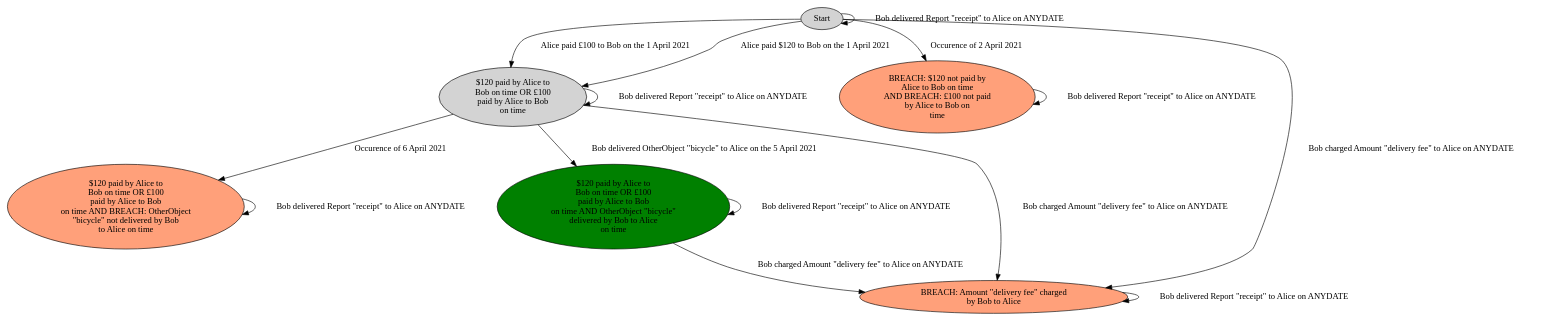
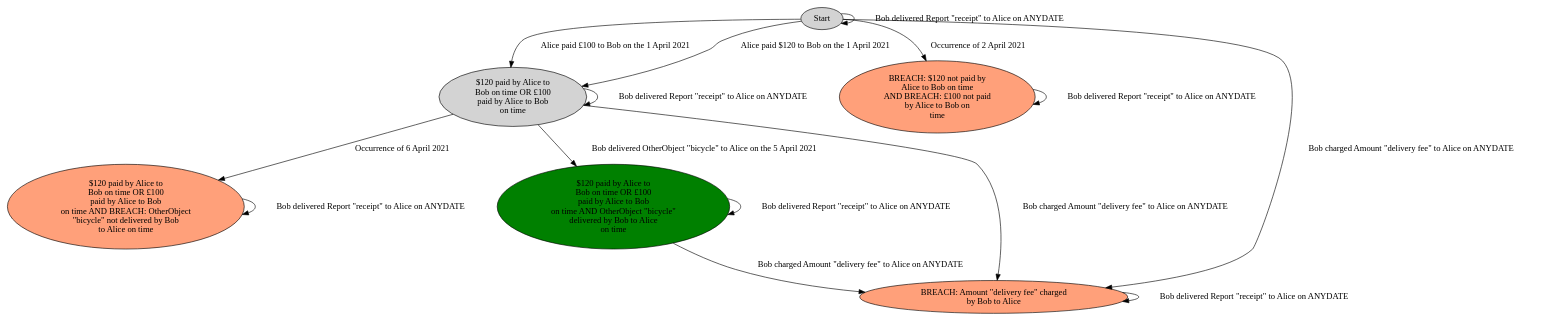
The diagram in extendedCoLa/dfa.dot (YoongXin/fyp), drawn with Graphviz before and after one commit. The commit also changed 5 other files, not shown here.

```diff
--- a/extendedCoLa/dfa.dot
+++ b/extendedCoLa/dfa.dot
@@ -1,34 +1,34 @@
 digraph {
     1 [label="$120 paid by Alice to\nBob on time OR £100\npaid by Alice to Bob\non time"
       ,fillcolor=lightgray
       ,style=filled];
     2 [label="$120 paid by Alice to\nBob on time OR £100\npaid by Alice to Bob\non time AND BREACH: OtherObject\n\"bicycle\" not delivered by Bob\nto Alice on time"
       ,fillcolor=lightsalmon
       ,style=filled];
     3 [label="$120 paid by Alice to\nBob on time OR £100\npaid by Alice to Bob\non time AND OtherObject \"bicycle\"\ndelivered by Bob to Alice\non time"
       ,fillcolor=green
       ,style=filled];
     4 [label="BREACH: $120 not paid by\nAlice to Bob on time\nAND BREACH: £100 not paid\nby Alice to Bob on\ntime"
       ,fillcolor=lightsalmon
       ,style=filled];
     5 [label="BREACH: Amount \"delivery fee\" charged\nby Bob to Alice"
       ,fillcolor=lightsalmon
       ,style=filled];
     6 [label=Start
       ,fillcolor=lightgray
       ,style=filled];
     1 -> 1 [label="Bob delivered Report \"receipt\" to Alice on ANYDATE"];
-    1 -> 2 [label="Occurence of 6 April 2021"];
+    1 -> 2 [label="Occurrence of 6 April 2021"];
     1 -> 3 [label="Bob delivered OtherObject \"bicycle\" to Alice on the 5 April 2021"];
     1 -> 5 [label="Bob charged Amount \"delivery fee\" to Alice on ANYDATE"];
     2 -> 2 [label="Bob delivered Report \"receipt\" to Alice on ANYDATE"];
     3 -> 3 [label="Bob delivered Report \"receipt\" to Alice on ANYDATE"];
     3 -> 5 [label="Bob charged Amount \"delivery fee\" to Alice on ANYDATE"];
     4 -> 4 [label="Bob delivered Report \"receipt\" to Alice on ANYDATE"];
     5 -> 5 [label="Bob delivered Report \"receipt\" to Alice on ANYDATE"];
     6 -> 1 [label="Alice paid £100 to Bob on the 1 April 2021"];
     6 -> 1 [label="Alice paid $120 to Bob on the 1 April 2021"];
-    6 -> 4 [label="Occurence of 2 April 2021"];
+    6 -> 4 [label="Occurrence of 2 April 2021"];
     6 -> 5 [label="Bob charged Amount \"delivery fee\" to Alice on ANYDATE"];
     6 -> 6 [label="Bob delivered Report \"receipt\" to Alice on ANYDATE"];
 }
```
